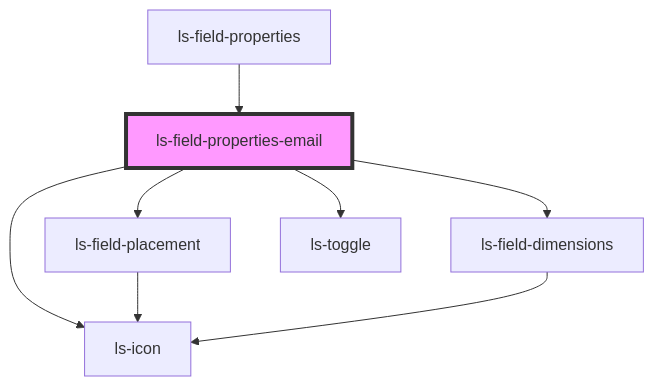
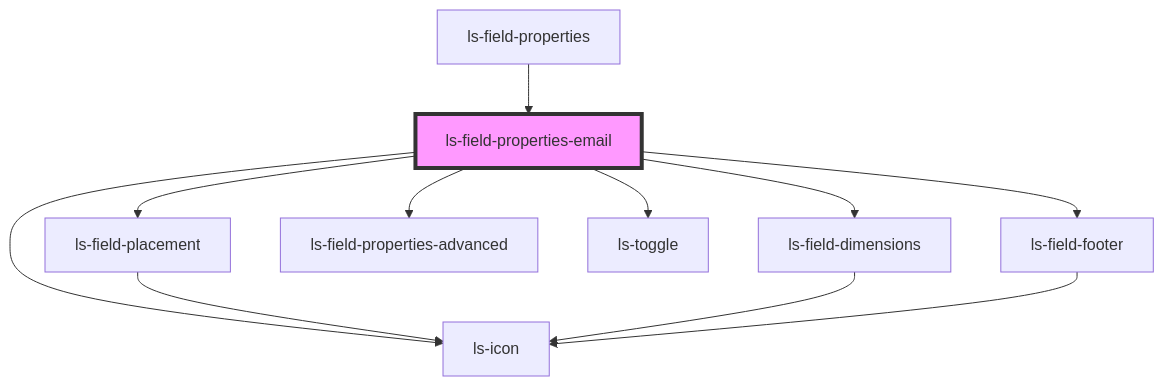
One commit to legalesign/ls-document-viewer changed the diagram in src/components/ls-field-properties-email/readme.md. Above: the diagram before and after it, drawn with Mermaid. The commit also changed other lines of this file and 25 other files, not shown here.

````diff
--- a/src/components/ls-field-properties-email/readme.md
+++ b/src/components/ls-field-properties-email/readme.md
@@ -30,11 +32,14 @@
 ```mermaid
 graph TD;
   ls-field-properties-email --> ls-field-placement
   ls-field-properties-email --> ls-field-dimensions
+  ls-field-properties-email --> ls-field-properties-advanced
   ls-field-properties-email --> ls-icon
   ls-field-properties-email --> ls-toggle
+  ls-field-properties-email --> ls-field-footer
   ls-field-placement --> ls-icon
   ls-field-dimensions --> ls-icon
+  ls-field-footer --> ls-icon
   ls-field-properties --> ls-field-properties-email
   style ls-field-properties-email fill:#f9f,stroke:#333,stroke-width:4px
 ```
````
